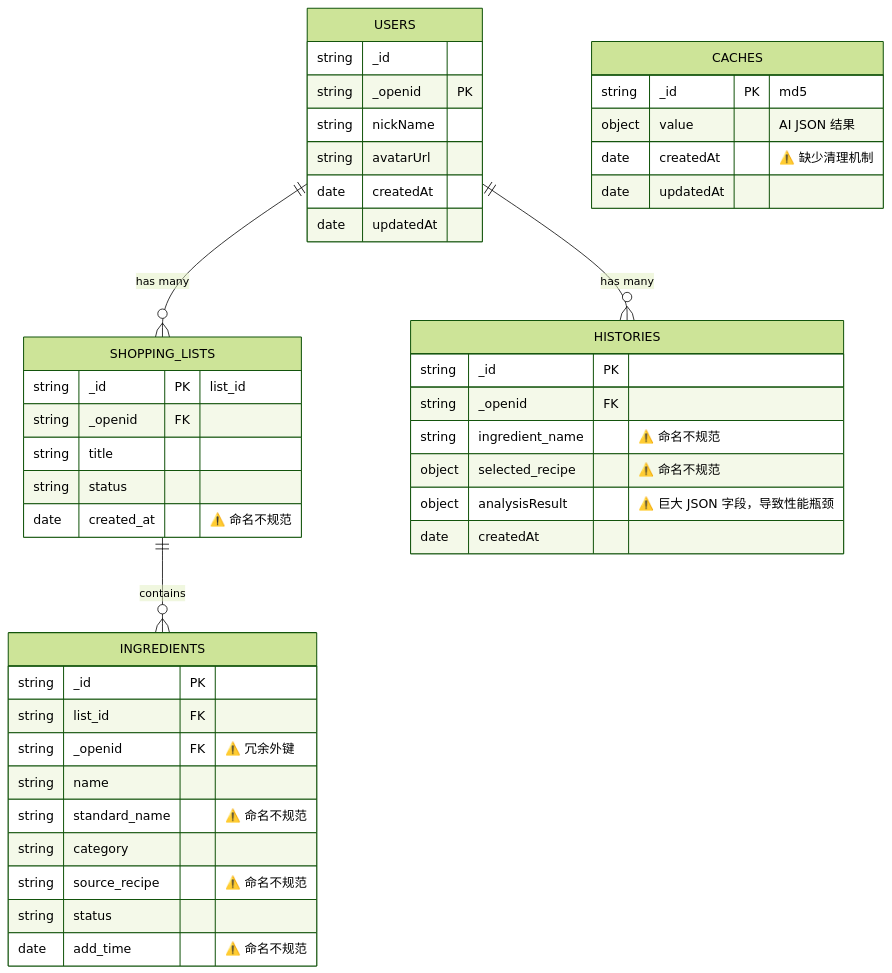
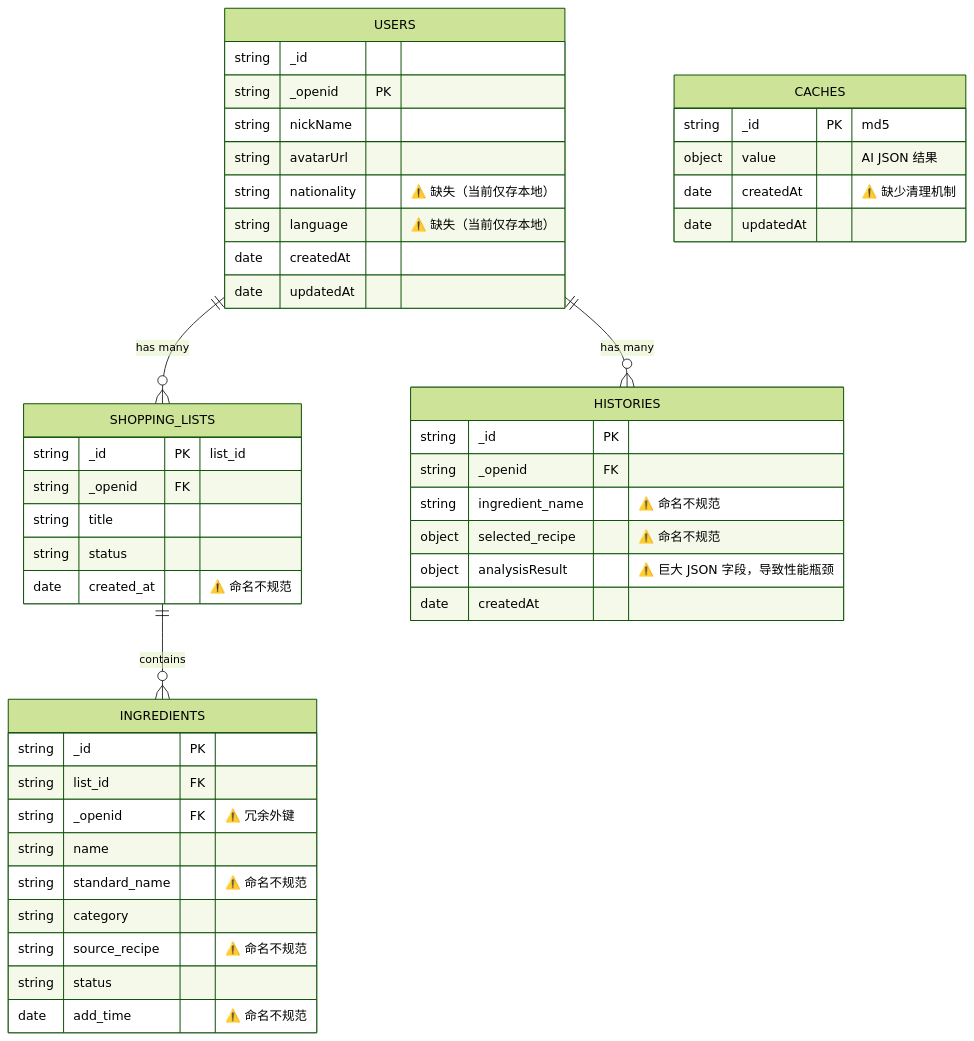
Before and after one commit to yangjiamax/shicai: the first of 2 diagrams in docs/db-restructure-plan.md, drawn with Mermaid (forest theme). The commit also changed other lines of this file and 58 other files, not shown here.

````diff
--- a/docs/db-restructure-plan.md
+++ b/docs/db-restructure-plan.md
@@ -18,51 +18,53 @@
 ```mermaid
 erDiagram
     USERS ||--o{ SHOPPING_LISTS : "has many"
     USERS ||--o{ HISTORIES : "has many"
     SHOPPING_LISTS ||--o{ INGREDIENTS : "contains"
     
     USERS {
         string _id
         string _openid PK
         string nickName
         string avatarUrl
+        string nationality "⚠️ 缺失（当前仅存本地）"
+        string language "⚠️ 缺失（当前仅存本地）"
         date createdAt
         date updatedAt
     }
 
     SHOPPING_LISTS {
         string _id PK "list_id"
         string _openid FK
         string title
         string status
         date created_at "⚠️ 命名不规范"
     }
 
     INGREDIENTS {
         string _id PK
         string list_id FK
         string _openid FK "⚠️ 冗余外键"
         string name
         string standard_name "⚠️ 命名不规范"
         string category
         string source_recipe "⚠️ 命名不规范"
         string status
         date add_time "⚠️ 命名不规范"
     }
 
     HISTORIES {
         string _id PK
         string _openid FK
         string ingredient_name "⚠️ 命名不规范"
         object selected_recipe "⚠️ 命名不规范"
         object analysisResult "⚠️ 巨大 JSON 字段，导致性能瓶颈"
         date createdAt
     }
 
     CACHES {
         string _id PK "md5"
         object value "AI JSON 结果"
         date createdAt "⚠️ 缺少清理机制"
         date updatedAt
     }
 ```
````
